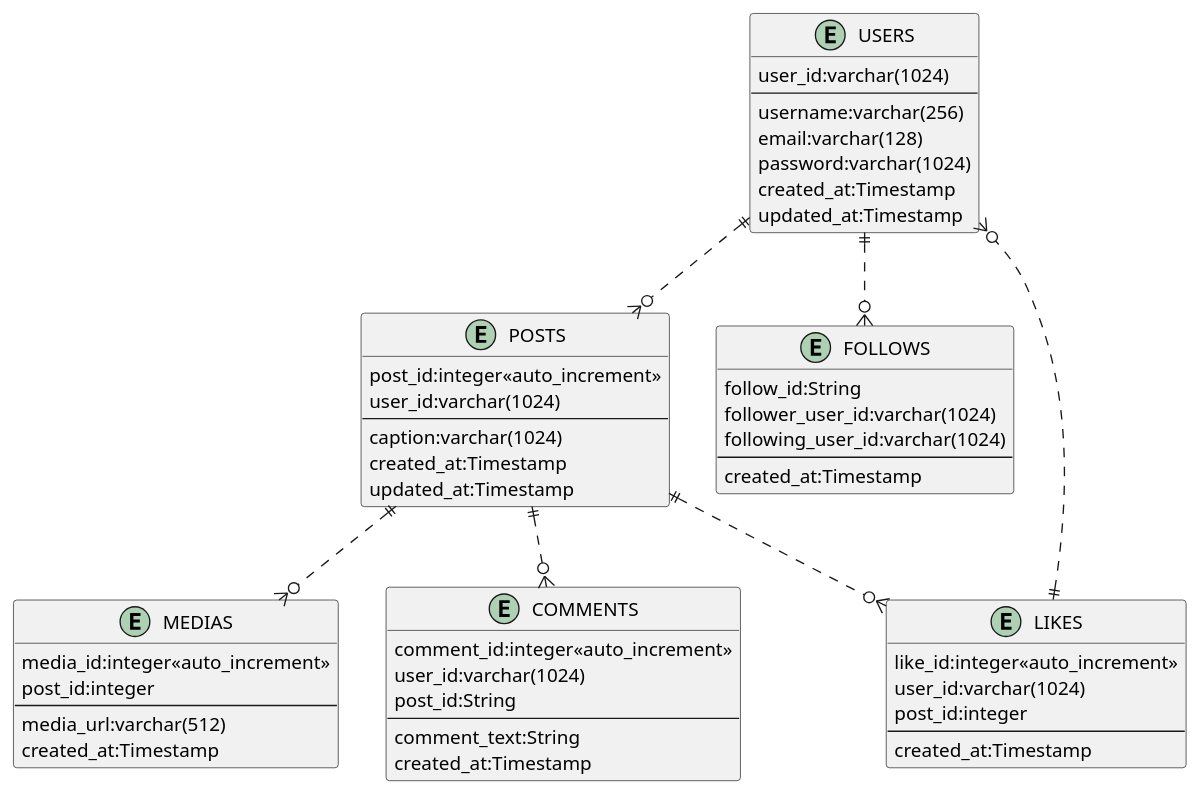
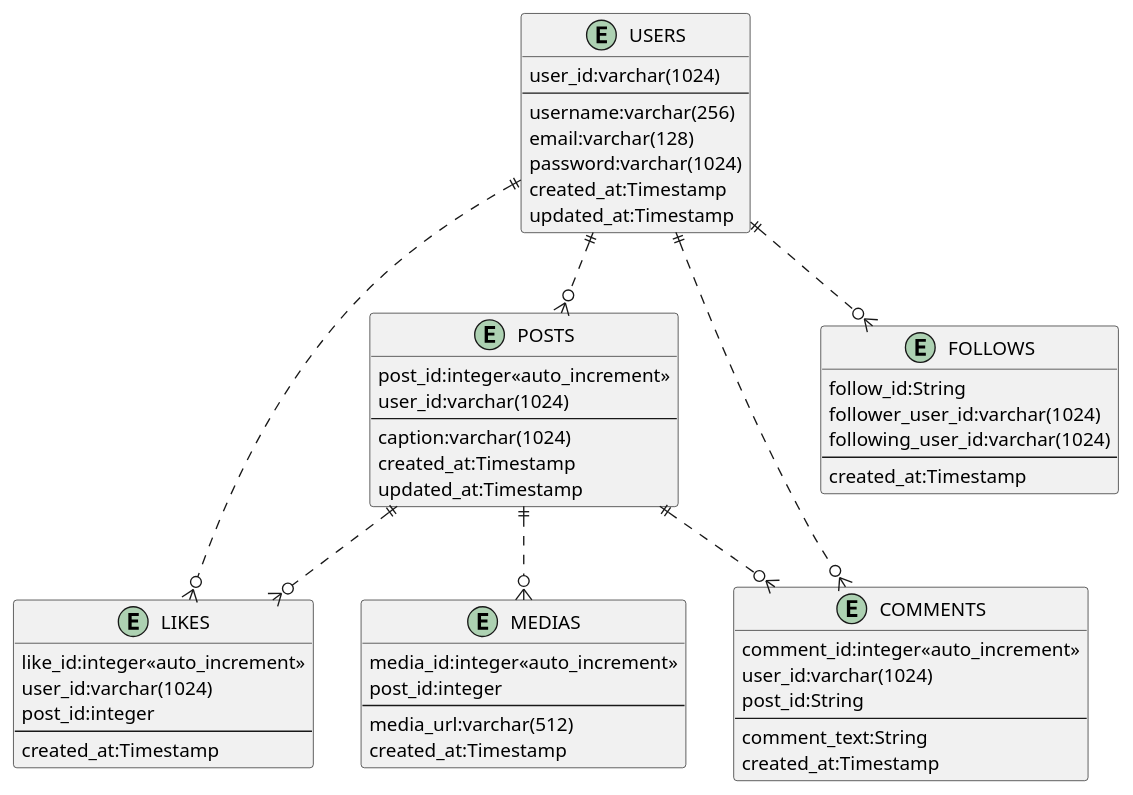
The diagram in Prototypes/erd.plantuml (KhuongVo2105/Chat_Application), drawn with PlantUML before and after one commit. The commit also changed 2 other files, not shown here.

Commit message:
update ERD

```diff
--- a/Prototypes/erd.plantuml
+++ b/Prototypes/erd.plantuml
@@ -1,63 +1,64 @@
 @startuml
 
 entity "USERS" as u {
     user_id:varchar(1024)
     --
     username:varchar(256)
     email:varchar(128)
     password:varchar(1024)
     created_at:Timestamp
     updated_at:Timestamp
 }
 
 entity "LIKES" as l {
     like_id:integer<<auto_increment>> 
     user_id:varchar(1024)
     post_id:integer
     --
     created_at:Timestamp
 }
 
 entity "POSTS" as p {
     post_id:integer<<auto_increment>>
     user_id:varchar(1024)
     --
     caption:varchar(1024)
     created_at:Timestamp
     updated_at:Timestamp
 }
 
 entity "MEDIAS" as m {
     media_id:integer<<auto_increment>>
     post_id:integer
     --
     media_url:varchar(512)
     created_at:Timestamp
 }
 
 entity "COMMENTS" as c {
     comment_id:integer<<auto_increment>>
     user_id:varchar(1024)
     post_id:String
     --
     comment_text:String
     created_at:Timestamp
 }
 
 entity "FOLLOWS" as f {
     follow_id:String
     follower_user_id:varchar(1024)
     following_user_id:varchar(1024)
     --
     created_at:Timestamp
 }
 
 u ||..o{ p
 u ||..o{ f
-l ||..o{ u
+u ||..o{ l
+u ||..o{ c
 p ||..o{ m
 p ||..o{ c
 p ||..o{ l
 
 
 @enduml
```
